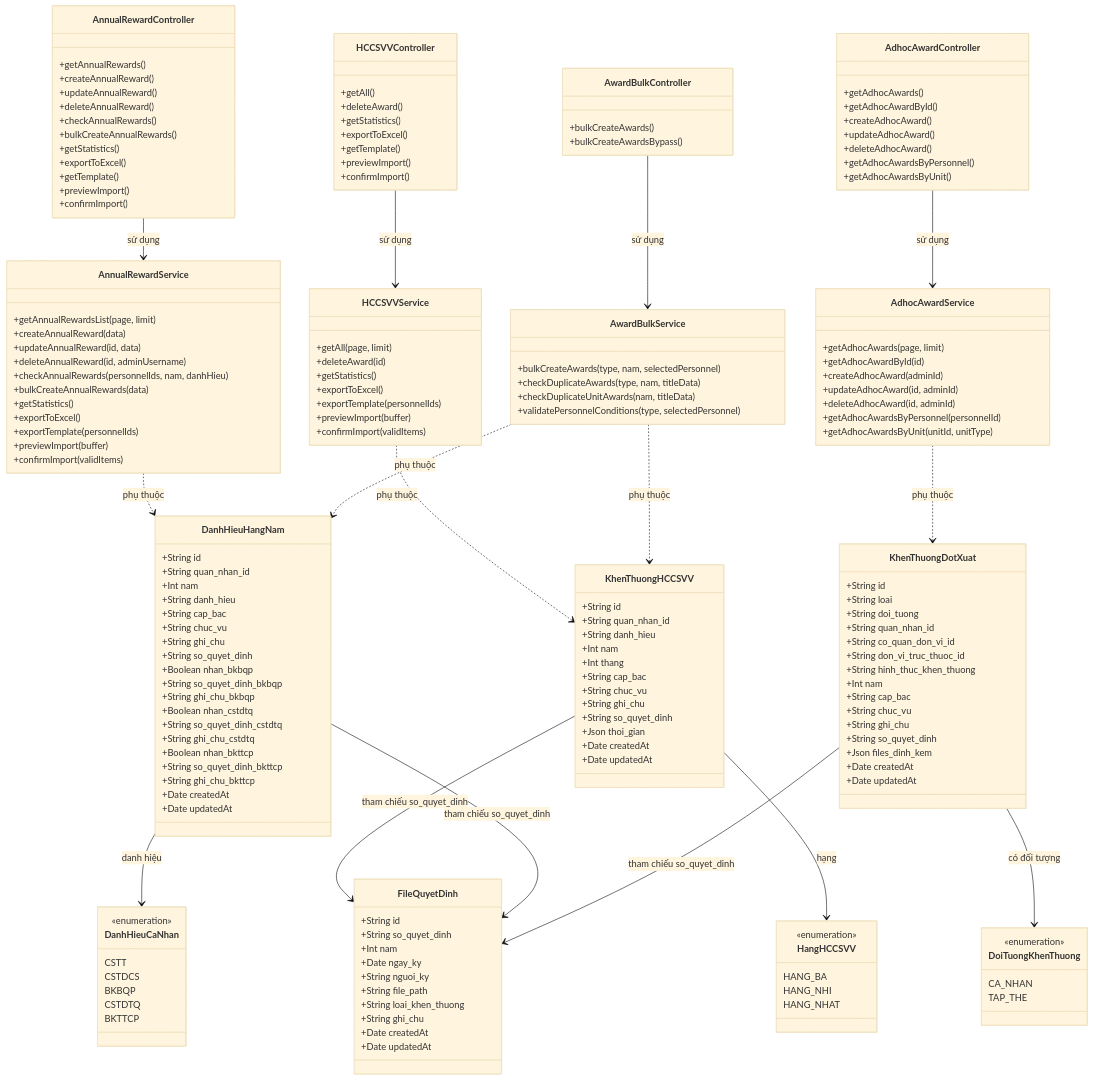
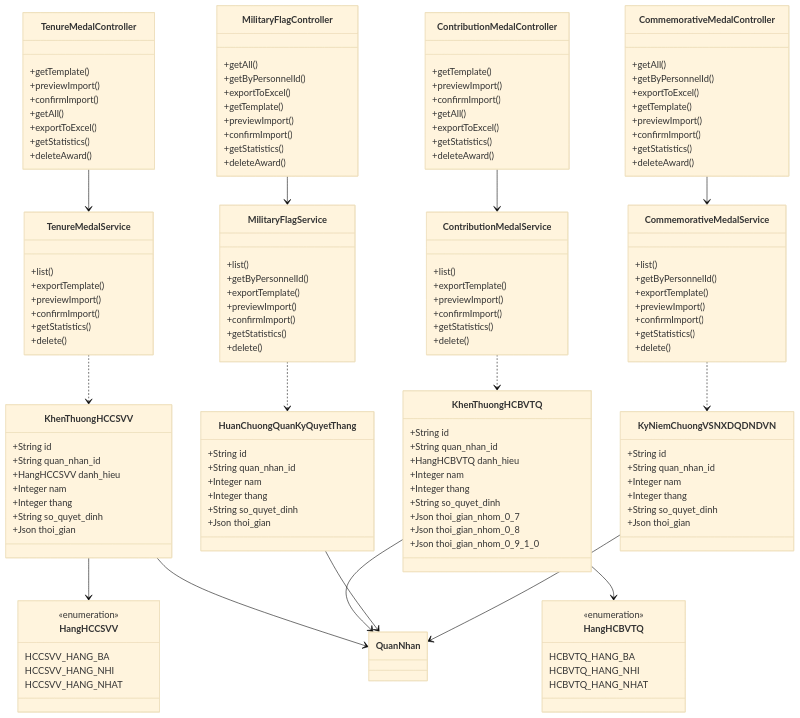
Before and after one commit to tranducbk/DATN_PM_QLKT: the fourth of 10 diagrams in docs/diagrams/04-class.md, drawn with Mermaid (base theme). The commit also changed other lines of this file and 69 other files, not shown here.

````diff
--- a/docs/diagrams/04-class.md
+++ b/docs/diagrams/04-class.md
@@ -287,188 +412,154 @@
 ```mermaid
 classDiagram
-    class DanhHieuHangNam {
-        +String id
-        +String quan_nhan_id
-        +Int nam
-        +String danh_hieu
-        +String cap_bac
-        +String chuc_vu
-        +String ghi_chu
-        +String so_quyet_dinh
-        +Boolean nhan_bkbqp
-        +String so_quyet_dinh_bkbqp
-        +String ghi_chu_bkbqp
-        +Boolean nhan_cstdtq
-        +String so_quyet_dinh_cstdtq
-        +String ghi_chu_cstdtq
-        +Boolean nhan_bkttcp
-        +String so_quyet_dinh_bkttcp
-        +String ghi_chu_bkttcp
-        +Date createdAt
-        +Date updatedAt
-    }
-
     class KhenThuongHCCSVV {
         +String id
         +String quan_nhan_id
-        +String danh_hieu
-        +Int nam
-        +Int thang
-        +String cap_bac
-        +String chuc_vu
-        +String ghi_chu
+        +HangHCCSVV danh_hieu
+        +Integer nam
+        +Integer thang
         +String so_quyet_dinh
         +Json thoi_gian
-        +Date createdAt
-        +Date updatedAt
     }
 
-    class FileQuyetDinh {
+    class KhenThuongHCBVTQ {
         +String id
+        +String quan_nhan_id
+        +HangHCBVTQ danh_hieu
+        +Integer nam
+        +Integer thang
         +String so_quyet_dinh
-        +Int nam
-        +Date ngay_ky
-        +String nguoi_ky
-        +String file_path
-        +String loai_khen_thuong
-        +String ghi_chu
-        +Date createdAt
-        +Date updatedAt
+        +Json thoi_gian_nhom_0_7
+        +Json thoi_gian_nhom_0_8
+        +Json thoi_gian_nhom_0_9_1_0
     }
 
-    class DanhHieuCaNhan {
-        <<enumeration>>
-        CSTT
-        CSTDCS
-        BKBQP
-        CSTDTQ
-        BKTTCP
+    class HuanChuongQuanKyQuyetThang {
+        +String id
+        +String quan_nhan_id
+        +Integer nam
+        +Integer thang
+        +String so_quyet_dinh
+        +Json thoi_gian
+    }
+
+    class KyNiemChuongVSNXDQDNDVN {
+        +String id
+        +String quan_nhan_id
+        +Integer nam
+        +Integer thang
+        +String so_quyet_dinh
+        +Json thoi_gian
     }
 
     class HangHCCSVV {
         <<enumeration>>
-        HANG_BA
-        HANG_NHI
-        HANG_NHAT
+        HCCSVV_HANG_BA
+        HCCSVV_HANG_NHI
+        HCCSVV_HANG_NHAT
     }
 
-    class AnnualRewardController {
-        +getAnnualRewards()
-        +createAnnualReward()
-        +updateAnnualReward()
-        +deleteAnnualReward()
-        +checkAnnualRewards()
-        +bulkCreateAnnualRewards()
+    class HangHCBVTQ {
+        <<enumeration>>
+        HCBVTQ_HANG_BA
+        HCBVTQ_HANG_NHI
+        HCBVTQ_HANG_NHAT
+    }
+
+    class TenureMedalController {
+        +getTemplate()
+        +previewImport()
+        +confirmImport()
+        +getAll()
+        +exportToExcel()
         +getStatistics()
+        +deleteAward()
+    }
+
+    class TenureMedalService {
+        +list()
+        +exportTemplate()
+        +previewImport()
+        +confirmImport()
+        +getStatistics()
+        +delete()
+    }
+
+    class ContributionMedalController {
+        +getTemplate()
+        +previewImport()
+        +confirmImport()
+        +getAll()
+        +exportToExcel()
+        +getStatistics()
+        +deleteAward()
+    }
+
+    class ContributionMedalService {
+        +list()
+        +exportTemplate()
+        +previewImport()
+        +confirmImport()
+        +getStatistics()
+        +delete()
+    }
+
+    class MilitaryFlagController {
+        +getAll()
+        +getByPersonnelId()
         +exportToExcel()
         +getTemplate()
         +previewImport()
         +confirmImport()
+        +getStatistics()
+        +deleteAward()
     }
 
-    class AnnualRewardService {
-        +getAnnualRewardsList(page, limit)
-        +createAnnualReward(data)
-        +updateAnnualReward(id, data)
-        +deleteAnnualReward(id, adminUsername)
-        +checkAnnualRewards(personnelIds, nam, danhHieu)
-        +bulkCreateAnnualRewards(data)
+    class MilitaryFlagService {
+        +list()
+        +getByPersonnelId()
+        +exportTemplate()
+        +previewImport()
+        +confirmImport()
         +getStatistics()
-        +exportToExcel()
-        +exportTemplate(personnelIds)
-        +previewImport(buffer)
-        +confirmImport(validItems)
+        +delete()
     }
 
-    class HCCSVVController {
+    class CommemorativeMedalController {
         +getAll()
-        +deleteAward()
-        +getStatistics()
+        +getByPersonnelId()
         +exportToExcel()
         +getTemplate()
         +previewImport()
         +confirmImport()
+        +getStatistics()
+        +deleteAward()
     }
 
-    class HCCSVVService {
-        +getAll(page, limit)
-        +deleteAward(id)
+    class CommemorativeMedalService {
+        +list()
+        +getByPersonnelId()
+        +exportTemplate()
+        +previewImport()
+        +confirmImport()
         +getStatistics()
-        +exportToExcel()
-        +exportTemplate(personnelIds)
-        +previewImport(buffer)
-        +confirmImport(validItems)
+        +delete()
     }
 
-    class AwardBulkController {
-        +bulkCreateAwards()
-        +bulkCreateAwardsBypass()
-    }
+    TenureMedalController --> TenureMedalService
+    ContributionMedalController --> ContributionMedalService
+    MilitaryFlagController --> MilitaryFlagService
+    CommemorativeMedalController --> CommemorativeMedalService
 
-    class AwardBulkService {
-        +bulkCreateAwards(type, nam, selectedPersonnel)
-        +checkDuplicateAwards(type, nam, titleData)
-        +checkDuplicateUnitAwards(nam, titleData)
-        +validatePersonnelConditions(type, selectedPersonnel)
-    }
+    TenureMedalService ..> KhenThuongHCCSVV
+    ContributionMedalService ..> KhenThuongHCBVTQ
+    MilitaryFlagService ..> HuanChuongQuanKyQuyetThang
+    CommemorativeMedalService ..> KyNiemChuongVSNXDQDNDVN
 
-    class KhenThuongDotXuat {
-        +String id
-        +String loai
-        +String doi_tuong
-        +String quan_nhan_id
-        +String co_quan_don_vi_id
-        +String don_vi_truc_thuoc_id
-        +String hinh_thuc_khen_thuong
-        +Int nam
-        +String cap_bac
-        +String chuc_vu
-        +String ghi_chu
-        +String so_quyet_dinh
-        +Json files_dinh_kem
-        +Date createdAt
-        +Date updatedAt
-    }
+    KhenThuongHCCSVV --> HangHCCSVV
+    KhenThuongHCBVTQ --> HangHCBVTQ
 
-    class DoiTuongKhenThuong {
-        <<enumeration>>
-        CA_NHAN
-        TAP_THE
-    }
-
-    class AdhocAwardController {
-        +getAdhocAwards()
-        +getAdhocAwardById()
-        +createAdhocAward()
-        +updateAdhocAward()
-        +deleteAdhocAward()
-        +getAdhocAwardsByPersonnel()
-        +getAdhocAwardsByUnit()
-    }
-
-    class AdhocAwardService {
-        +getAdhocAwards(page, limit)
-        +getAdhocAwardById(id)
-        +createAdhocAward(adminId)
-        +updateAdhocAward(id, adminId)
-        +deleteAdhocAward(id, adminId)
-        +getAdhocAwardsByPersonnel(personnelId)
-        +getAdhocAwardsByUnit(unitId, unitType)
-    }
-
-    DanhHieuHangNam --> DanhHieuCaNhan : danh hiệu
-    KhenThuongHCCSVV --> HangHCCSVV : hạng
-    KhenThuongHCCSVV --> FileQuyetDinh : tham chiếu so_quyet_dinh
-    DanhHieuHangNam --> FileQuyetDinh : tham chiếu so_quyet_dinh
-    KhenThuongDotXuat --> DoiTuongKhenThuong : có đối tượng
-    KhenThuongDotXuat --> FileQuyetDinh : tham chiếu so_quyet_dinh
-    AnnualRewardController --> AnnualRewardService : sử dụng
-    HCCSVVController --> HCCSVVService : sử dụng
-    AwardBulkController --> AwardBulkService : sử dụng
-    AdhocAwardController --> AdhocAwardService : sử dụng
-    AnnualRewardService ..> DanhHieuHangNam : phụ thuộc
-    HCCSVVService ..> KhenThuongHCCSVV : phụ thuộc
-    AwardBulkService ..> DanhHieuHangNam : phụ thuộc
-    AwardBulkService ..> KhenThuongHCCSVV : phụ thuộc
-    AdhocAwardService ..> KhenThuongDotXuat : phụ thuộc
+    KhenThuongHCCSVV --> QuanNhan
+    KhenThuongHCBVTQ --> QuanNhan
+    HuanChuongQuanKyQuyetThang --> QuanNhan
+    KyNiemChuongVSNXDQDNDVN --> QuanNhan
 ```
````
